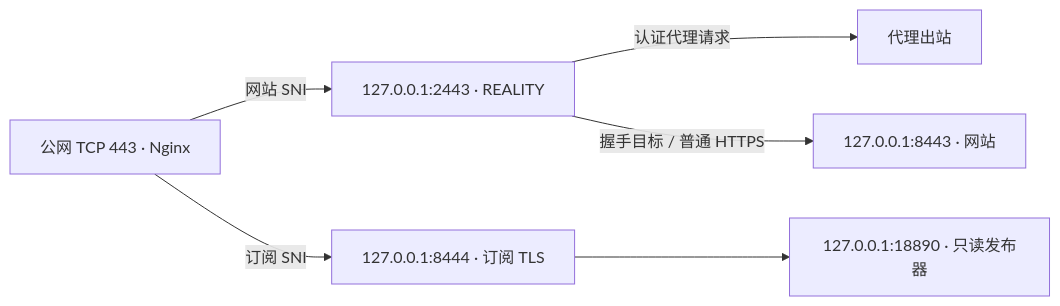
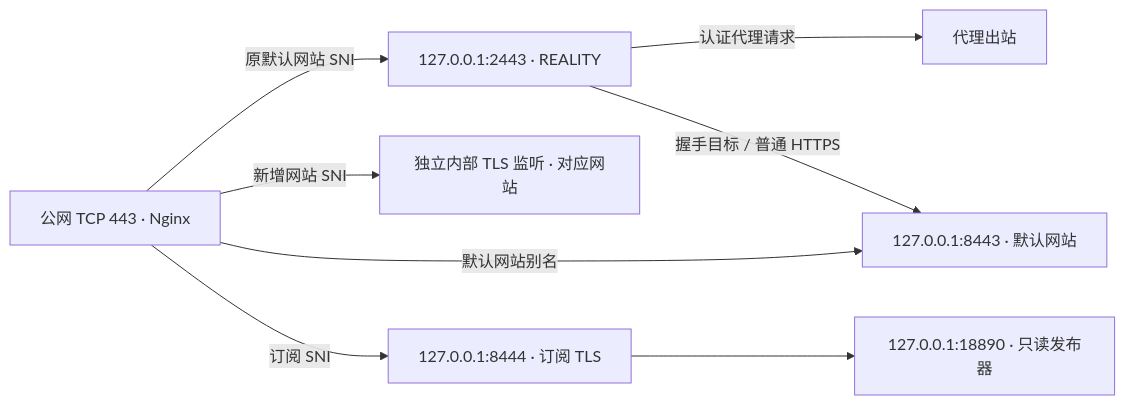
One commit to Forlooong/proxyhub changed the diagram in README.md. Above: the diagram before and after it, drawn with Mermaid. The commit also changed other lines of this file and 30 other files, not shown here.

````diff
--- a/README.md
+++ b/README.md
@@ -69,8 +71,10 @@
 ```mermaid
 flowchart LR
-    A[公网 TCP 443 · Nginx] -->|网站 SNI| R[127.0.0.1:2443 · REALITY]
+    A[公网 TCP 443 · Nginx] -->|原默认网站 SNI| R[127.0.0.1:2443 · REALITY]
     R -->|认证代理请求| P[代理出站]
-    R -->|握手目标 / 普通 HTTPS| W[127.0.0.1:8443 · 网站]
+    R -->|握手目标 / 普通 HTTPS| W[127.0.0.1:8443 · 默认网站]
+    A -->|默认网站别名| W
+    A -->|新增网站 SNI| U[独立内部 TLS 监听 · 对应网站]
     A -->|订阅 SNI| T[127.0.0.1:8444 · 订阅 TLS]
     T --> S[127.0.0.1:18890 · 只读发布器]
 ```
````
